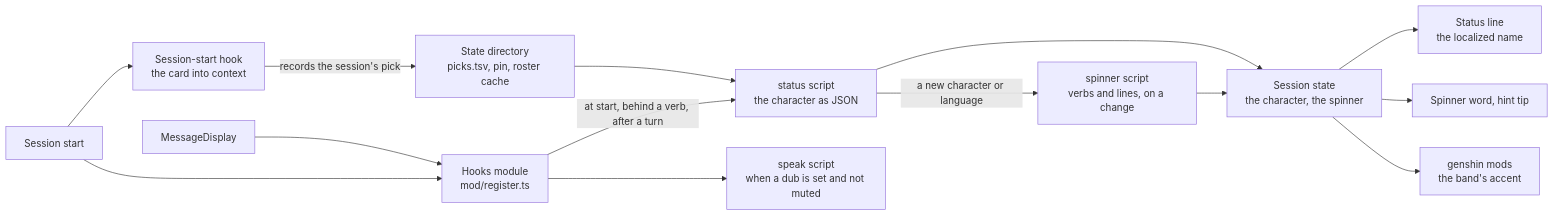
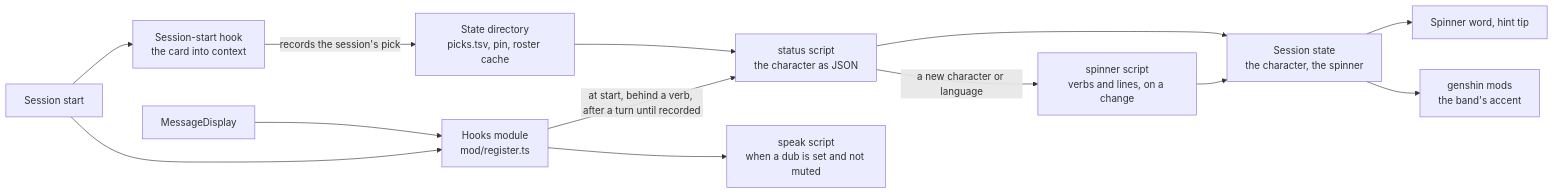
The sixth of 6 diagrams in apps/web/content/docs/infra/claude-interface/persona-plugin.md (Esposter/Esposter), drawn with Mermaid before and after one commit. The commit also changed other lines of this file and 20 other files, not shown here.

````diff
--- a/apps/web/content/docs/infra/claude-interface/persona-plugin.md
+++ b/apps/web/content/docs/infra/claude-interface/persona-plugin.md
@@ -277,29 +277,27 @@
 ```mermaid
 flowchart LR
     Start["Session start"]
     Hook["Session-start hook<br/>the card into context"]
     Module["Hooks module<br/>mod/register.ts"]
     Status["status script<br/>the character as JSON"]
     SpinnerScript["spinner script<br/>verbs and lines, on a change"]
     Records["State directory<br/>picks.tsv, pin, roster cache"]
     State["Session state<br/>the character, the spinner"]
-    Line["Status line<br/>the localized name"]
     Spinner["Spinner word, hint tip"]
     Mods["genshin mods<br/>the band's accent"]
     Display["MessageDisplay"]
     Speak["speak script<br/>when a dub is set and not muted"]
 
     Start --> Hook
     Start --> Module
     Hook -->|records the session's pick| Records
-    Module -->|at start, behind a verb, after a turn| Status
+    Module -->|at start, behind a verb, after a turn until recorded| Status
     Records --> Status
     Status --> State
     Status -->|a new character or language| SpinnerScript
     SpinnerScript --> State
-    State --> Line
     State --> Spinner
     State --> Mods
     Display --> Module
     Module --> Speak
 ```
````
